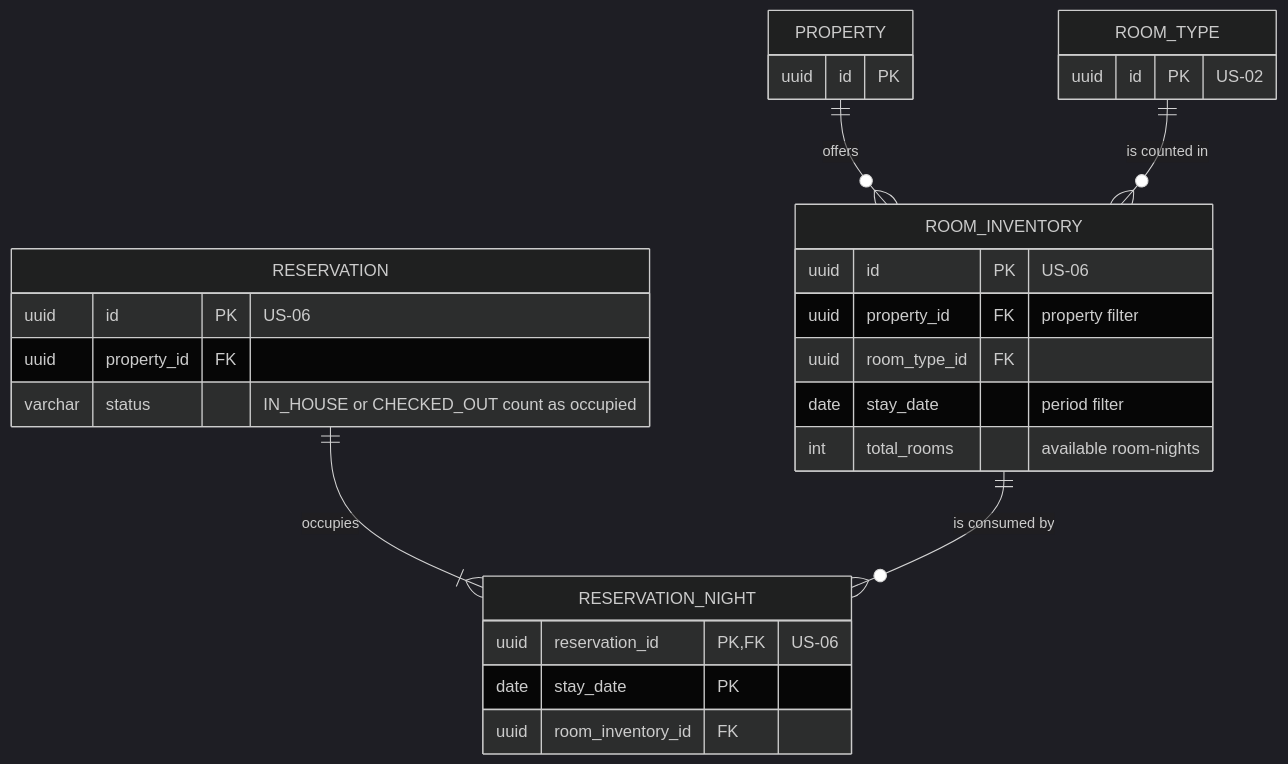
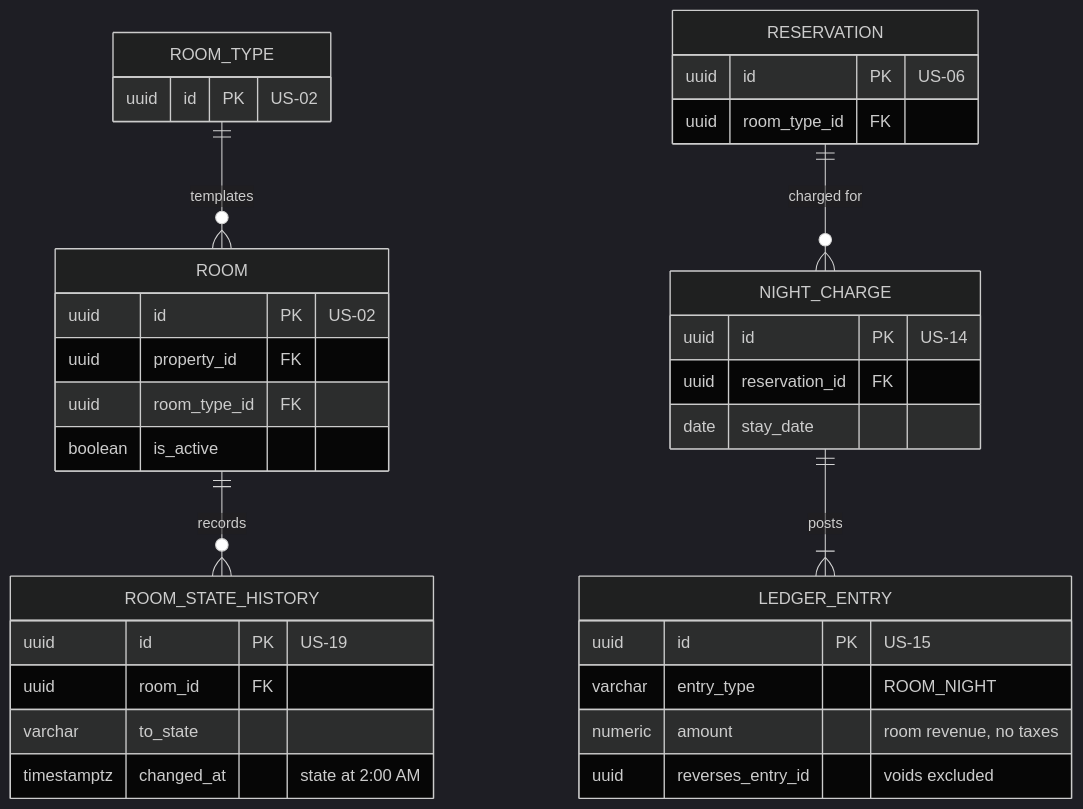
Before and after one commit to BraceroInSabot/Motel-Starmie: the second of 3 diagrams in docs/Initial Requirements/Diagrams/US-23 - Occupancy Reporting.md, drawn with Mermaid (dark theme). The commit also changed other lines of this file and 51 other files, not shown here.

````diff
--- a/docs/Initial Requirements/Diagrams/US-23 - Occupancy Reporting.md
+++ b/docs/Initial Requirements/Diagrams/US-23 - Occupancy Reporting.md
@@ -119,31 +116,38 @@
 ```mermaid
 erDiagram
-    PROPERTY ||--o{ ROOM_INVENTORY : "offers"
-    ROOM_TYPE ||--o{ ROOM_INVENTORY : "is counted in"
-    RESERVATION ||--|{ RESERVATION_NIGHT : "occupies"
-    ROOM_INVENTORY ||--o{ RESERVATION_NIGHT : "is consumed by"
+    ROOM ||--o{ ROOM_STATE_HISTORY : "records"
+    ROOM_TYPE ||--o{ ROOM : "templates"
+    RESERVATION ||--o{ NIGHT_CHARGE : "charged for"
+    NIGHT_CHARGE ||--|{ LEDGER_ENTRY : "posts"
 
-    ROOM_INVENTORY {
-        uuid id PK "US-06"
-        uuid property_id FK "property filter"
+    ROOM {
+        uuid id PK "US-02"
+        uuid property_id FK
         uuid room_type_id FK
-        date stay_date "period filter"
-        int total_rooms "available room-nights"
+        boolean is_active
     }
-    RESERVATION_NIGHT {
-        uuid reservation_id PK, FK "US-06"
-        date stay_date PK
-        uuid room_inventory_id FK
+    ROOM_STATE_HISTORY {
+        uuid id PK "US-19"
+        uuid room_id FK
+        varchar to_state
+        timestamptz changed_at "state at 2:00 AM"
+    }
+    NIGHT_CHARGE {
+        uuid id PK "US-14"
+        uuid reservation_id FK
+        date stay_date
+    }
+    LEDGER_ENTRY {
+        uuid id PK "US-15"
+        varchar entry_type "ROOM_NIGHT"
+        numeric amount "room revenue, no taxes"
+        uuid reverses_entry_id "voids excluded"
     }
     RESERVATION {
         uuid id PK "US-06"
-        uuid property_id FK
-        varchar status "IN_HOUSE or CHECKED_OUT count as occupied"
+        uuid room_type_id FK
     }
     ROOM_TYPE {
         uuid id PK "US-02"
     }
-    PROPERTY {
-        uuid id PK
-    }
 ```
````
